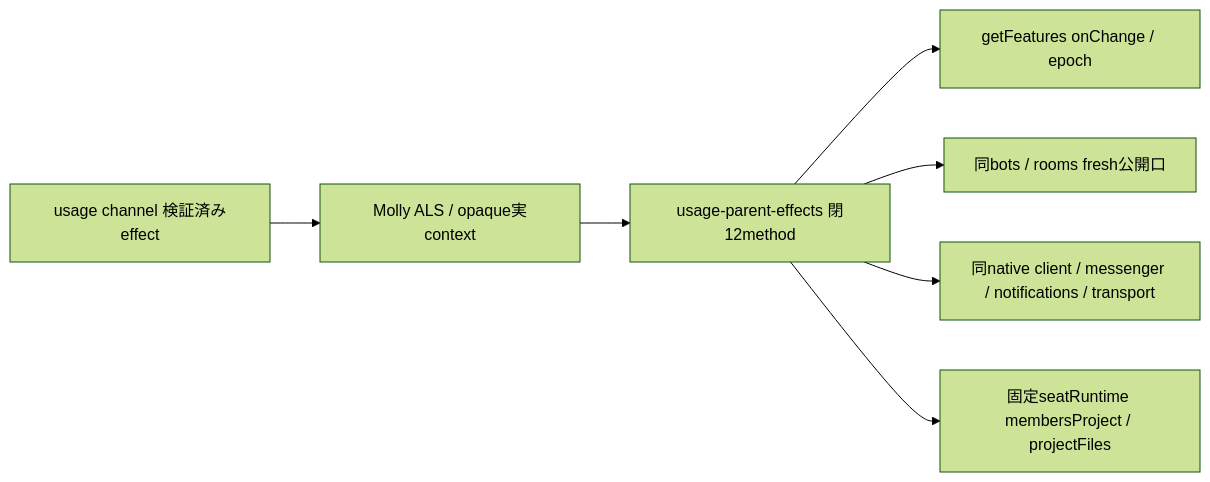
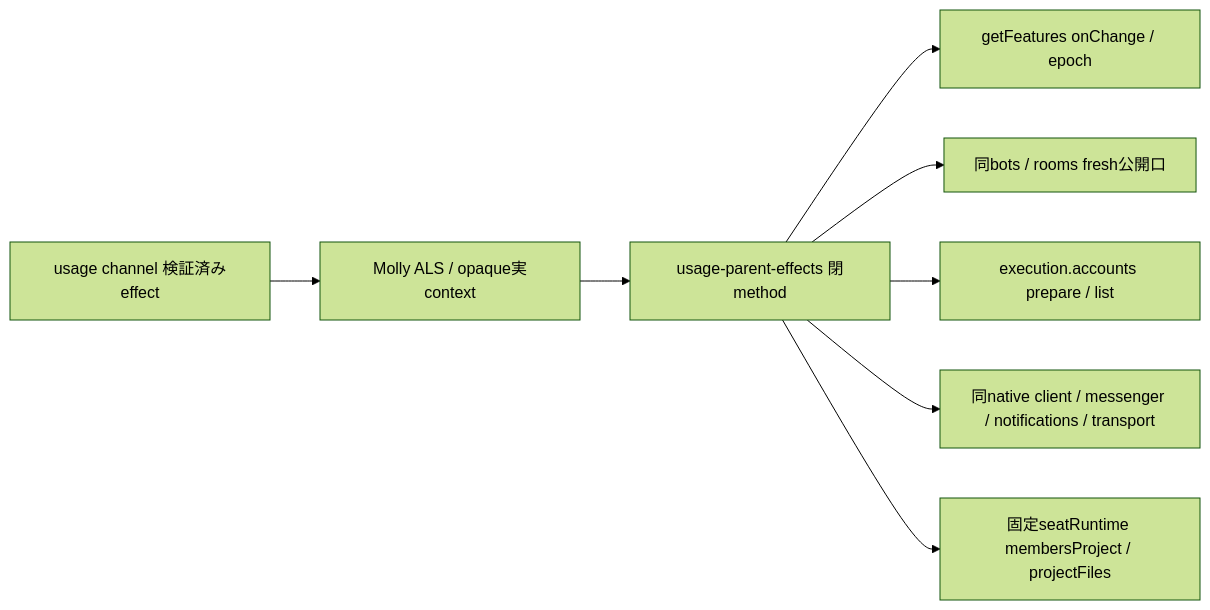
The second of 5 diagrams in docs/architecture/modules/usage/usage-process.md (kitepon/BellTeam), drawn with Mermaid (forest theme) before and after one commit. The commit also changed other lines of this file and 8 other files, not shown here.

````diff
--- a/docs/architecture/modules/usage/usage-process.md
+++ b/docs/architecture/modules/usage/usage-process.md
@@ -75,9 +76,10 @@
 ```mermaid
 flowchart LR
   Channel[usage channel 検証済みeffect] --> Assembly[Molly ALS / opaque実context]
-  Assembly --> Adapter[usage-parent-effects 閉12method]
+  Assembly --> Adapter[usage-parent-effects 閉method]
   Adapter --> Apply[getFeatures onChange / epoch]
   Adapter --> Registry[同bots / rooms fresh公開口]
+  Adapter --> Accounts[execution.accounts prepare / list]
   Adapter --> Parent[同native client / messenger / notifications / transport]
   Adapter --> Project[固定seatRuntime membersProject / projectFiles]
 ```
````
